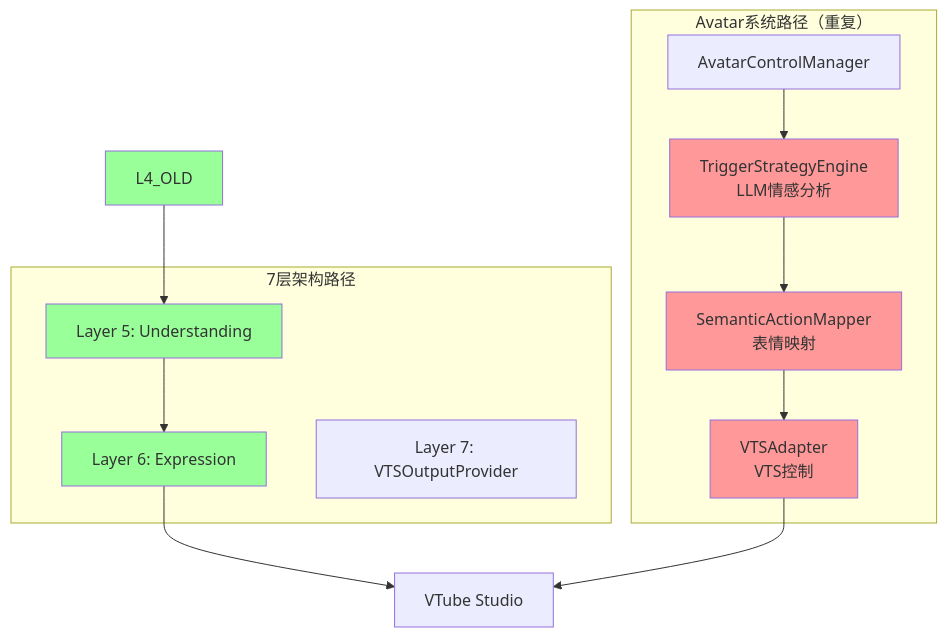
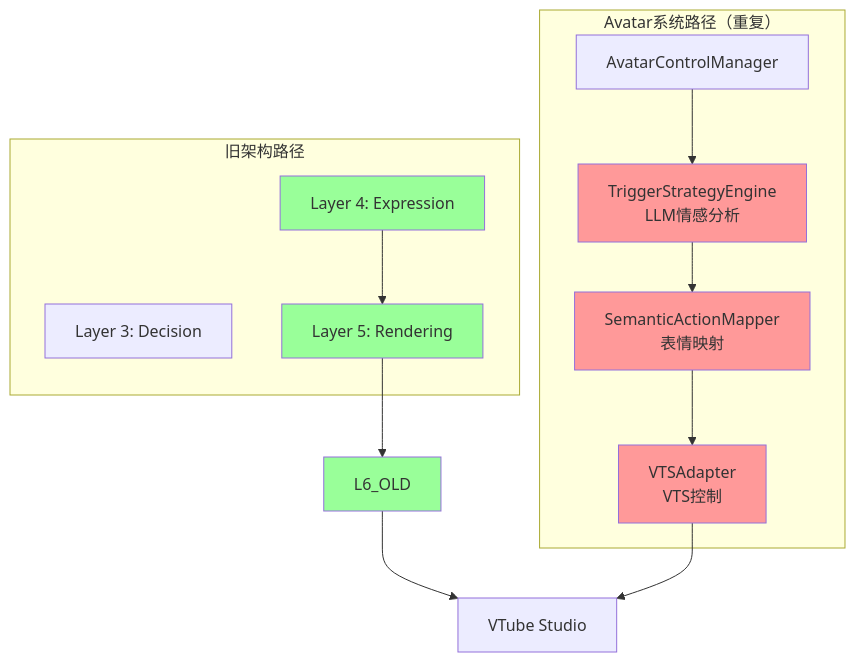
The first of 3 diagrams in refactor/design/avatar_refactoring.md (Mai-with-u/Amaidesu), drawn with Mermaid before and after one commit. The commit also changed other lines of this file and 17 other files, not shown here.

````diff
--- a/refactor/design/avatar_refactoring.md
+++ b/refactor/design/avatar_refactoring.md
@@ -33,31 +33,31 @@
 ```mermaid
 graph TB
-    subgraph "7层架构路径"
-        L5_OLD[Layer 5: Understanding]
-        L6_OLD[Layer 6: Expression]
-        L7_OLD[Layer 7: VTSOutputProvider]
+    subgraph "旧架构路径"
+        L3_OLD[Layer 3: Decision]
+        L4_OLD[Layer 4: Expression]
+        L5_OLD[Layer 5: Rendering]
     end
 
     subgraph "Avatar系统路径（重复）"
         AVATAR[AvatarControlManager]
         TRIGGER[TriggerStrategyEngine<br/>LLM情感分析]
         SEMANTIC[SemanticActionMapper<br/>表情映射]
         VTS_ADAPTER[VTSAdapter<br/>VTS控制]
     end
 
     L4_OLD --> L5_OLD
     L5_OLD --> L6_OLD
     L6_OLD --> VTS_API[VTube Studio]
 
     AVATAR --> TRIGGER
     TRIGGER --> SEMANTIC
     SEMANTIC --> VTS_ADAPTER
     VTS_ADAPTER --> VTS_API
 
     style TRIGGER fill:#ff9999
     style SEMANTIC fill:#ff9999
     style VTS_ADAPTER fill:#ff9999
     style L4_OLD fill:#99ff99
     style L5_OLD fill:#99ff99
     style L6_OLD fill:#99ff99
 ```
````
